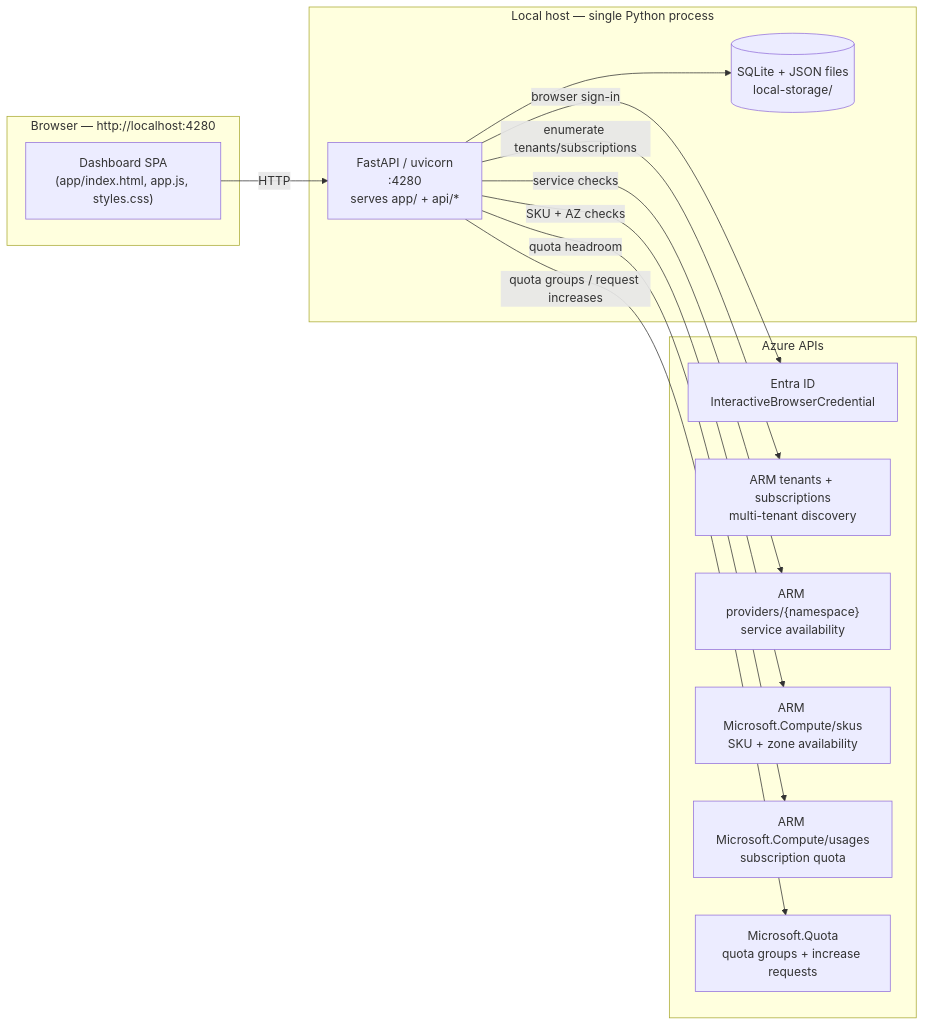
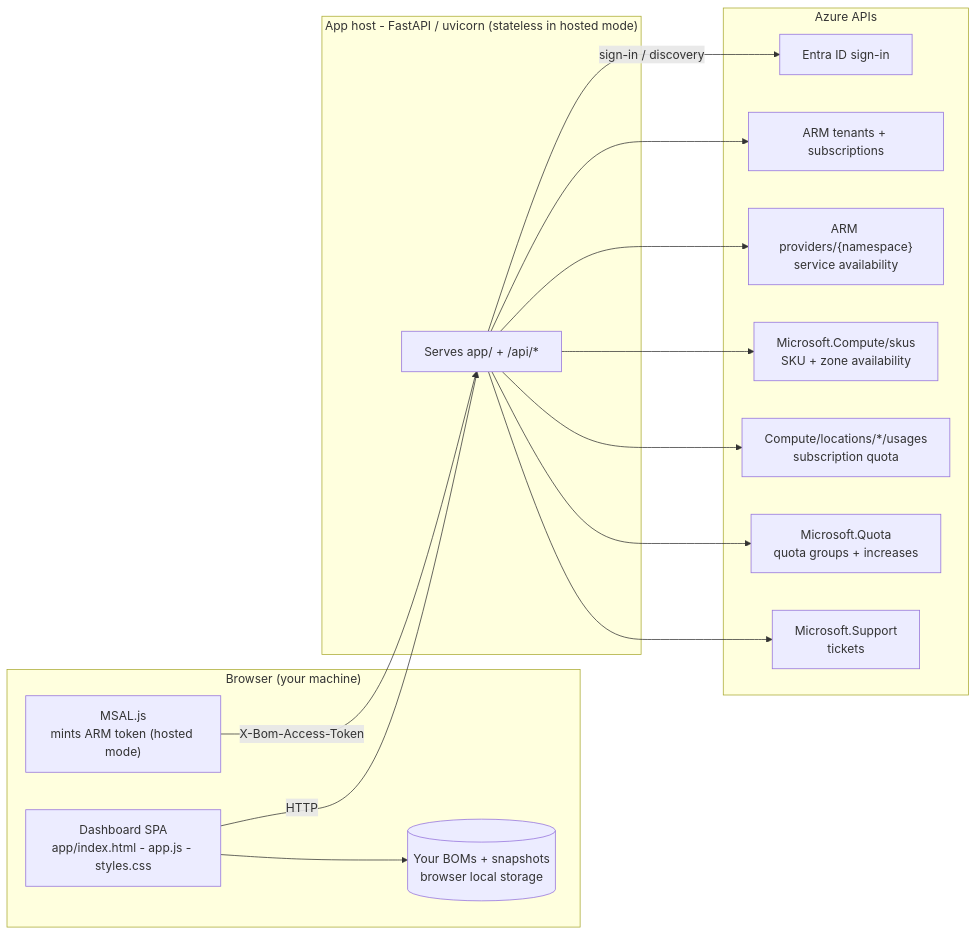
The diagram in README.md (bbabcock1990/azure-bom-region-dashboard-public), drawn with Mermaid before and after one commit. The commit also changed other lines of this file and 1 other file, not shown here.

First line of the commit message:
docs: rewrite README to lead with hosted quick-start, add overview screenshot, explain how the dashboard works

````diff
--- a/README.md
+++ b/README.md
@@ -272,29 +268,33 @@
 ```mermaid
 flowchart LR
-  subgraph Browser["Browser — http://localhost:4280"]
-    UI["Dashboard SPA<br/>(app/index.html, app.js, styles.css)"]
+  subgraph Browser["Browser (your machine)"]
+    UI["Dashboard SPA<br/>app/index.html - app.js - styles.css"]
+    MSAL["MSAL.js<br/>mints ARM token (hosted mode)"]
+    LS[("Your BOMs + snapshots<br/>browser local storage")]
   end
 
-  subgraph LocalHost["Local host — single Python process"]
-    SRV["FastAPI / uvicorn<br/>:4280<br/>serves app/ + api/*"]
-    ST[("SQLite + JSON files<br/>local-storage/")]
+  subgraph Host["App host - FastAPI / uvicorn (stateless in hosted mode)"]
+    SRV["Serves app/ + /api/*"]
   end
 
   subgraph Azure["Azure APIs"]
-    AAD["Entra ID<br/>InteractiveBrowserCredential"]
-    TEN["ARM tenants + subscriptions<br/>multi-tenant discovery"]
+    AAD["Entra ID sign-in"]
+    TEN["ARM tenants + subscriptions"]
     PROV["ARM providers/{namespace}<br/>service availability"]
-    SKUS["ARM Microsoft.Compute/skus<br/>SKU + zone availability"]
-    USAGE["ARM Microsoft.Compute/usages<br/>subscription quota"]
-    QUOTA["Microsoft.Quota<br/>quota groups + increase requests"]
+    SKUS["Microsoft.Compute/skus<br/>SKU + zone availability"]
+    USAGE["Compute/locations/*/usages<br/>subscription quota"]
+    QUOTA["Microsoft.Quota<br/>quota groups + increases"]
+    SUP["Microsoft.Support<br/>tickets"]
   end
 
   UI -->|HTTP| SRV
-  SRV --> ST
-  SRV -->|browser sign-in| AAD
-  SRV -->|enumerate tenants/subscriptions| TEN
-  SRV -->|service checks| PROV
-  SRV -->|SKU + AZ checks| SKUS
-  SRV -->|quota headroom| USAGE
-  SRV -->|quota groups / request increases| QUOTA
+  UI --> LS
+  MSAL -->|X-Bom-Access-Token| SRV
+  SRV -->|sign-in / discovery| AAD
+  SRV --> TEN
+  SRV --> PROV
+  SRV --> SKUS
+  SRV --> USAGE
+  SRV --> QUOTA
+  SRV --> SUP
 ```
````
